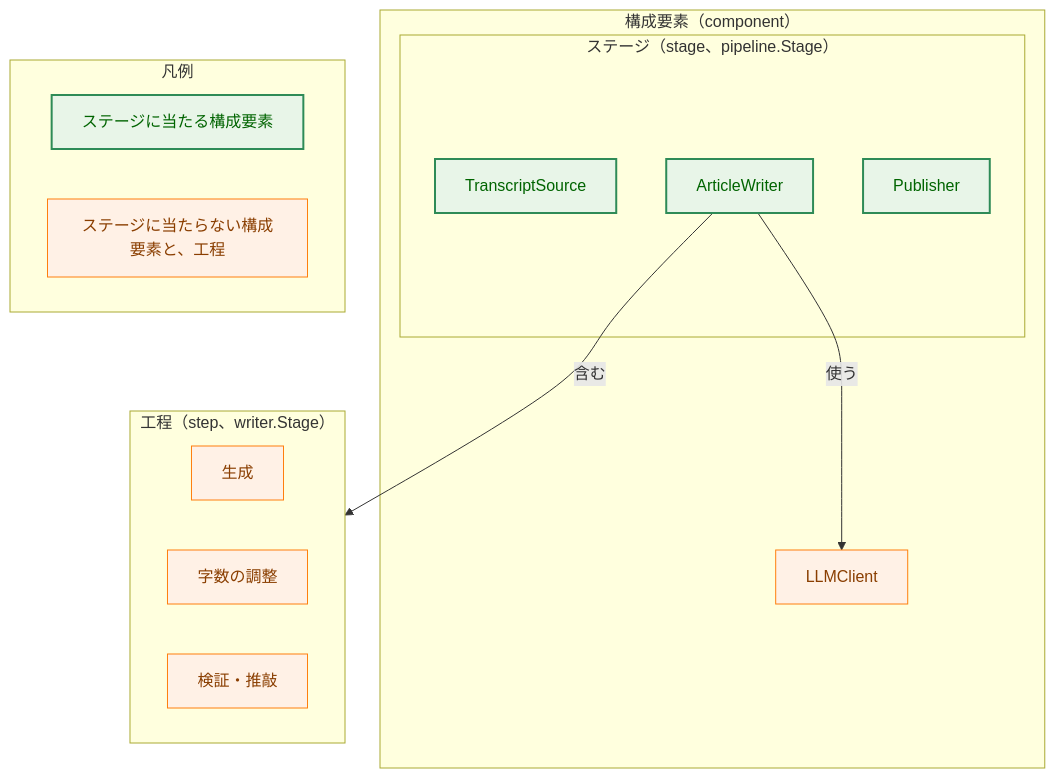
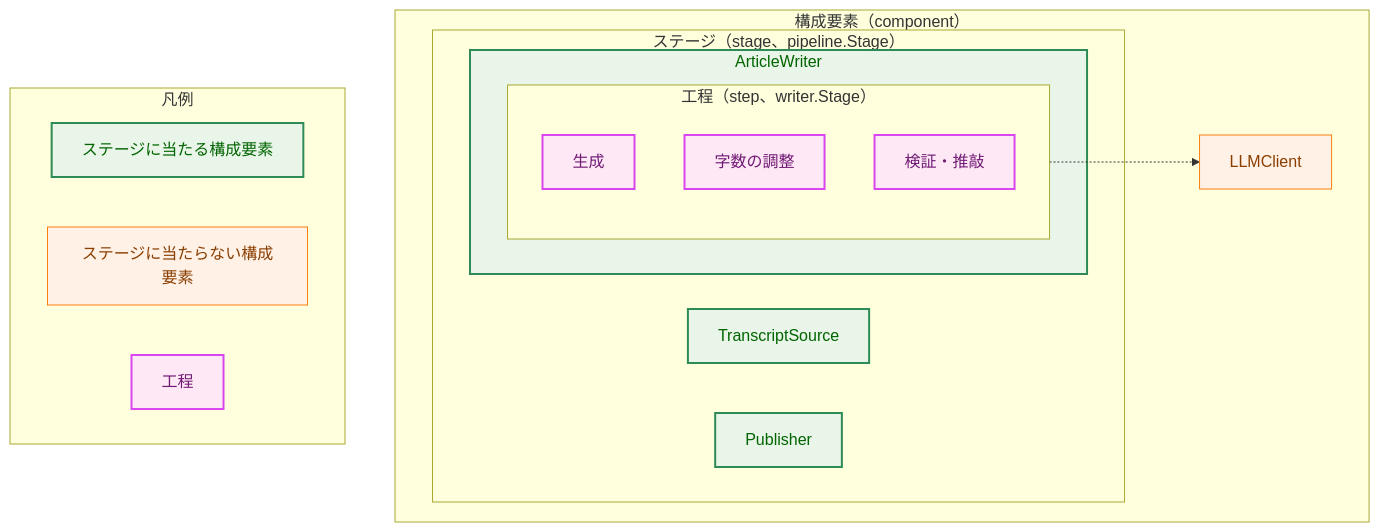
One commit to isseis/yt2column changed the first of 4 diagrams in docs/tasks/0067_stage_terminology/02_architecture.md. Above: the diagram before and after it, drawn with Mermaid. The commit also changed other lines of this file, not shown here.

First line of the commit message:
docs(0067): address the architecture review and Japanese prose pass

````diff
--- a/docs/tasks/0067_stage_terminology/02_architecture.md
+++ b/docs/tasks/0067_stage_terminology/02_architecture.md
@@ -54,33 +59,37 @@
 ```mermaid
 flowchart TB
     classDef process fill:#fff1e6,stroke:#ff7f0e,stroke-width:1px,color:#8a3e00;
     classDef enhanced fill:#e8f5e8,stroke:#2e8b57,stroke-width:2px,color:#006400;
+    classDef newpkg fill:#ffe8f5,stroke:#d946ef,stroke-width:2px,color:#701a75;
 
     subgraph COMP["構成要素（component）"]
         subgraph STAGE["ステージ（stage、pipeline.Stage）"]
             SRC["TranscriptSource"]
-            WRITER["ArticleWriter"]
+            subgraph WRITER["ArticleWriter"]
+                subgraph STEP["工程（step、writer.Stage）"]
+                    DRAFT["生成"]
+                    SHORTEN["字数の調整"]
+                    REVIEW["検証・推敲"]
+                end
+            end
             PUB["Publisher"]
         end
         LLM["LLMClient"]
     end
 
-    subgraph STEP["工程（step、writer.Stage）"]
-        DRAFT["生成"]
-        SHORTEN["字数の調整"]
-        REVIEW["検証・推敲"]
-    end
+    STEP -.-> LLM
 
-    WRITER -->|"含む"| STEP
-    WRITER -->|"使う"| LLM
-
-    class SRC,WRITER,PUB enhanced
-    class LLM,DRAFT,SHORTEN,REVIEW process
+    class SRC,PUB enhanced
+    class WRITER enhanced
+    class LLM process
+    class DRAFT,SHORTEN,REVIEW newpkg
 
     subgraph Legend["凡例"]
         L1["ステージに当たる構成要素"]
-        L2["ステージに当たらない構成要素と、工程"]
+        L2["ステージに当たらない構成要素"]
+        L3["工程"]
     end
     class L1 enhanced
     class L2 process
+    class L3 newpkg
 ```
````
